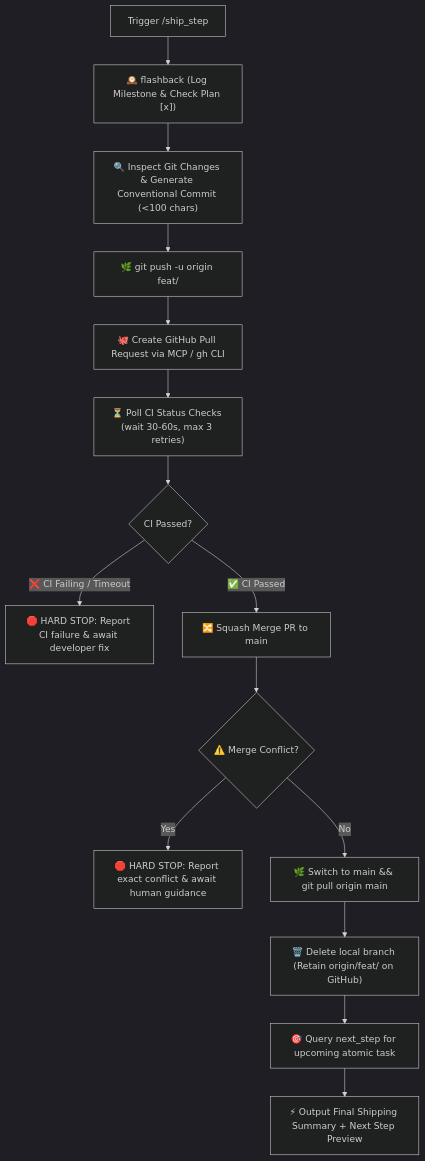
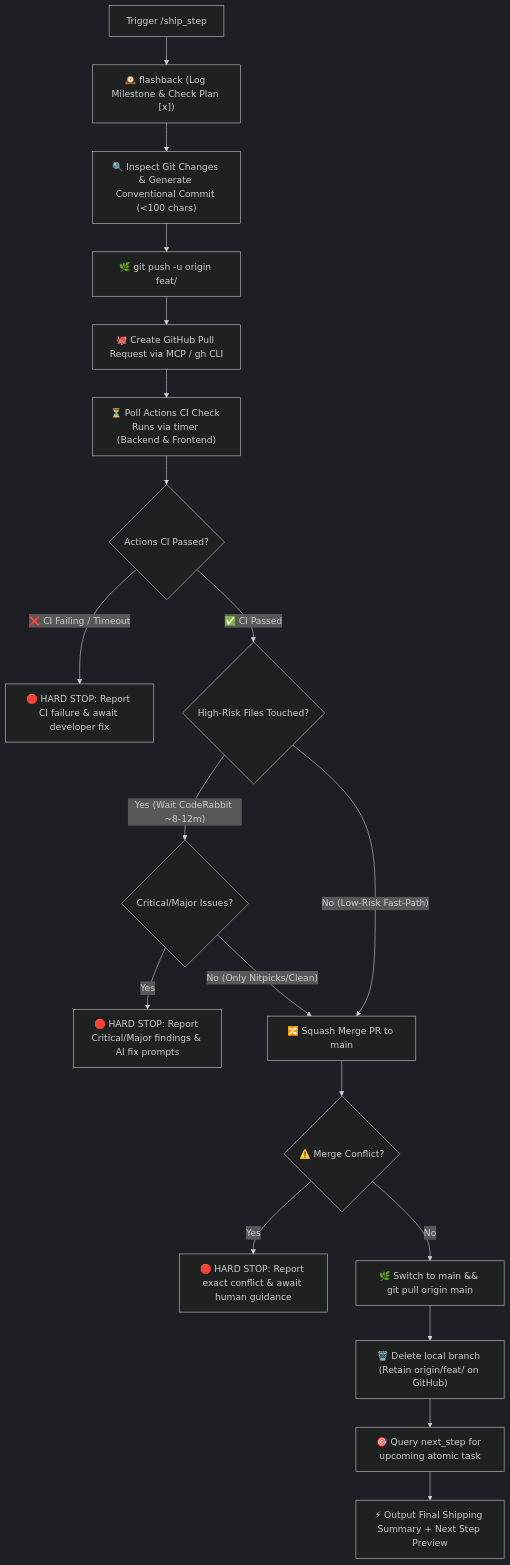
One commit to agrawalshivam279/RepoDefense changed the diagram in .agents/skills/ship_step/SKILL.md. Above: the diagram before and after it, drawn with Mermaid (dark theme). The commit also changed other lines of this file and 3 other files, not shown here.

First line of the commit message:
chore: automate risk-tiered CodeRabbit gate in ship skills (#62)

````diff
--- a/.agents/skills/ship_step/SKILL.md
+++ b/.agents/skills/ship_step/SKILL.md
@@ -19,18 +19,22 @@
 ```mermaid
 flowchart TD
     A["Trigger /ship_step"] --> B["🕰️ flashback (Log Milestone & Check Plan [x])"]
     B --> C["🔍 Inspect Git Changes & Generate Conventional Commit (<100 chars)"]
     C --> D["🌿 git push -u origin feat/<slug>"]
     D --> E["🐙 Create GitHub Pull Request via MCP / gh CLI"]
-    E --> F["⏳ Poll CI Status Checks (wait 30-60s, max 3 retries)"]
-    F --> G{"CI Passed?"}
+    E --> F["⏳ Poll Actions CI Check Runs via timer (Backend & Frontend)"]
+    F --> G{"Actions CI Passed?"}
     G -- "❌ CI Failing / Timeout" --> H["🛑 HARD STOP: Report CI failure & await developer fix"]
-    G -- "✅ CI Passed" --> I["🔀 Squash Merge PR to main"]
+    G -- "✅ CI Passed" --> G2{"High-Risk Files Touched?"}
+    G2 -- "Yes (Wait CodeRabbit ~8-12m)" --> G3{"Critical/Major Issues?"}
+    G3 -- "Yes" --> H2["🛑 HARD STOP: Report Critical/Major findings & AI fix prompts"]
+    G3 -- "No (Only Nitpicks/Clean)" --> I["🔀 Squash Merge PR to main"]
+    G2 -- "No (Low-Risk Fast-Path)" --> I
     I --> J{"⚠️ Merge Conflict?"}
 
     J -- "Yes" --> K["🛑 HARD STOP: Report exact conflict & await human guidance"]
     J -- "No" --> L["🌿 Switch to main && git pull origin main"]
     L --> M["🗑️ Delete local branch (Retain origin/feat/<slug> on GitHub)"]
     M --> N["🎯 Query next_step for upcoming atomic task"]
     N --> O["⚡ Output Final Shipping Summary + Next Step Preview"]
 ```
````
